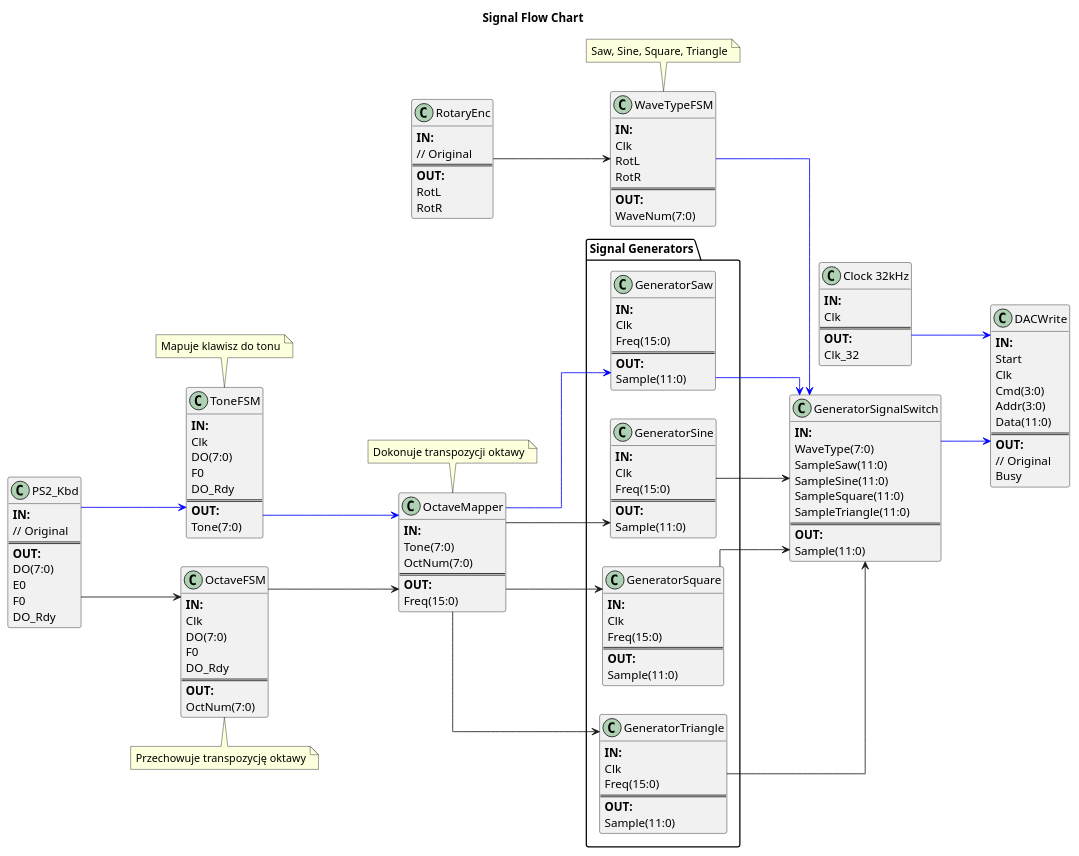
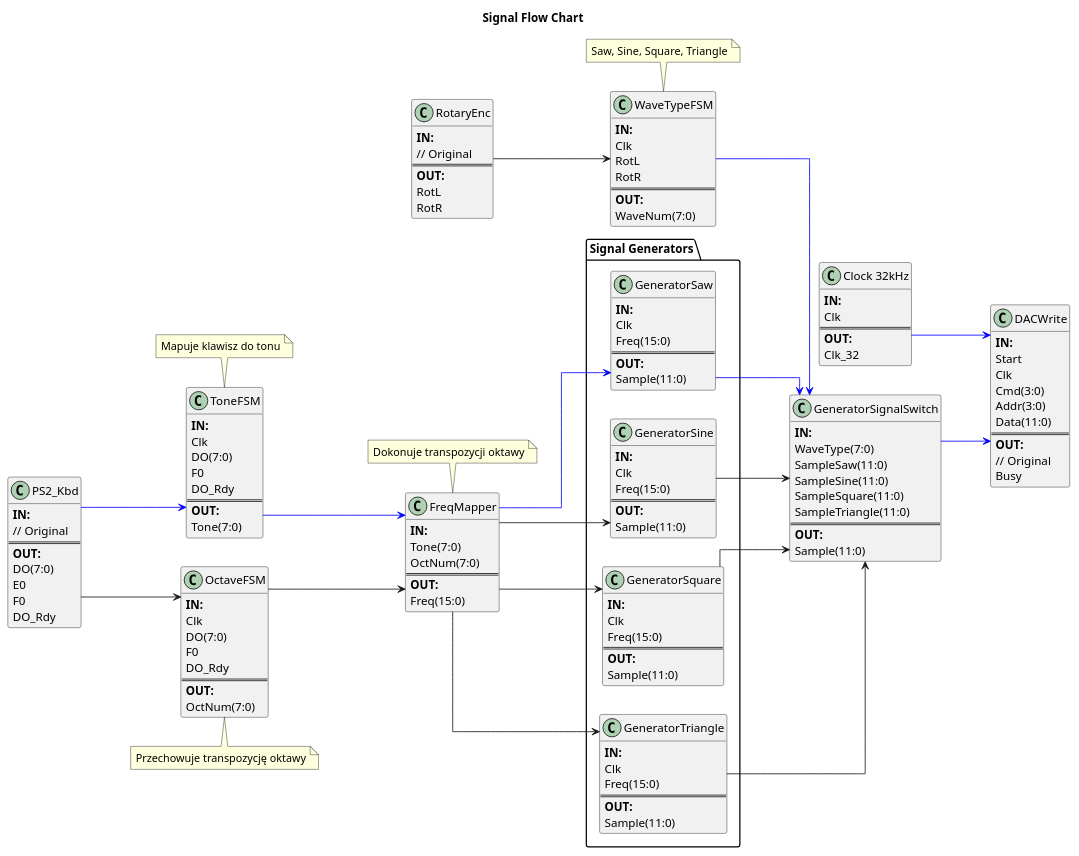
Before and after one commit to damiankoper/ucisw2: the diagram in docs/src/diagram/src/flowchart.pu, drawn with PlantUML. The commit also changed 13 other files, not shown here.

```diff
--- a/docs/src/diagram/src/flowchart.pu
+++ b/docs/src/diagram/src/flowchart.pu
@@ -1,194 +1,194 @@
 @startuml flow_chart
 title Signal Flow Chart
 left to right direction
 skinparam linetype ortho
 
 
 class "RotaryEnc" as rot {
     <b>IN:</b>
     // Original
     ===
     <b>OUT:</b>
     RotL
     RotR
 }
 
 class "PS2_Kbd" as ps2 {
     <b>IN:</b>
     // Original
     ===
     <b>OUT:</b>
     DO(7:0)
     E0
     F0
     DO_Rdy
 }
 
 ' class "LCDWrite" as lcd {
     '     <b>IN:</b>
     '     ===
     '     <b>OUT:</b>
     '
     '
     '
 
 
     class "DACWrite" as dac {
         <b>IN:</b>
         Start
         Clk
         Cmd(3:0)
         Addr(3:0)
         Data(11:0)
         ===
         <b>OUT:</b>
         // Original
         Busy
     }
 
 
     class "ToneFSM" as tone_fsm{
         <b>IN:</b>
         Clk
         DO(7:0)
         F0
         DO_Rdy
         ===
         <b>OUT:</b>
         Tone(7:0)
     }
 
 
     note top of tone_fsm
         Mapuje klawisz do tonu
     end note
 
 
-    class "OctaveMapper" as oct_mapper{
+    class "FreqMapper" as oct_mapper{
         <b>IN:</b>
         Tone(7:0)
         OctNum(7:0)
         ===
         <b>OUT:</b>
         Freq(15:0)
     }
 
 
     note top of oct_mapper
         Dokonuje transpozycji oktawy
     end note
 
     class "OctaveFSM" as oct_fsm{
         <b>IN:</b>
         Clk
         DO(7:0)
         F0
         DO_Rdy
         ===
         <b>OUT:</b>
         OctNum(7:0)
     }
 
     note bottom of oct_fsm
         Przechowuje transpozycję oktawy
     end note
 
     class "WaveTypeFSM" as wave_type_fsm{
         <b>IN:</b>
         Clk
         RotL
         RotR
         ===
         <b>OUT:</b>
         WaveNum(7:0)
     }
 
     note top of wave_type_fsm
         Saw, Sine, Square, Triangle
     end note
 
 
     package "Signal Generators"{
         class "GeneratorSaw" as gen_saw{
             <b>IN:</b>
             Clk
             Freq(15:0)
             ===
             <b>OUT:</b>
             Sample(11:0)
         }
 
         class "GeneratorSine" as gen_sin{
             <b>IN:</b>
             Clk
             Freq(15:0)
             ===
             <b>OUT:</b>
             Sample(11:0)
         }
 
         class "GeneratorSquare" as gen_square{
             <b>IN:</b>
             Clk
             Freq(15:0)
             ===
             <b>OUT:</b>
             Sample(11:0)
         }
 
         class "GeneratorTriangle" as gen_tri{
             <b>IN:</b>
             Clk
             Freq(15:0)
             ===
             <b>OUT:</b>
             Sample(11:0)
         }
     }
 
     class "GeneratorSignalSwitch" as signal_switch{
         <b>IN:</b>
         WaveType(7:0)
         SampleSaw(11:0)
         SampleSine(11:0)
         SampleSquare(11:0)
         SampleTriangle(11:0)
         ===
         <b>OUT:</b>
         Sample(11:0)
     }
 
 
     class "Clock 32kHz" as clock_32 {
         <b>IN:</b>
         Clk
         ===
         <b>OUT:</b>
         Clk_32
     }
 
 
     ps2 -[#0000FF]-> tone_fsm
     ps2 --> oct_fsm
     tone_fsm -[#0000FF]-> oct_mapper
     oct_fsm --> oct_mapper
 
     ' Signal generators
     rot --> wave_type_fsm
 
     oct_mapper -[#0000FF]-> gen_saw
     oct_mapper --> gen_tri
     oct_mapper --> gen_sin
     oct_mapper --> gen_square
 
     wave_type_fsm -[#0000FF]-> signal_switch
 
     gen_saw  -[#0000FF]-> signal_switch
     gen_tri --> signal_switch
     gen_sin --> signal_switch
     gen_square --> signal_switch
 
     signal_switch -[#0000FF]-> dac
     clock_32 -[#0000FF]-> dac
 
     @enduml
```
